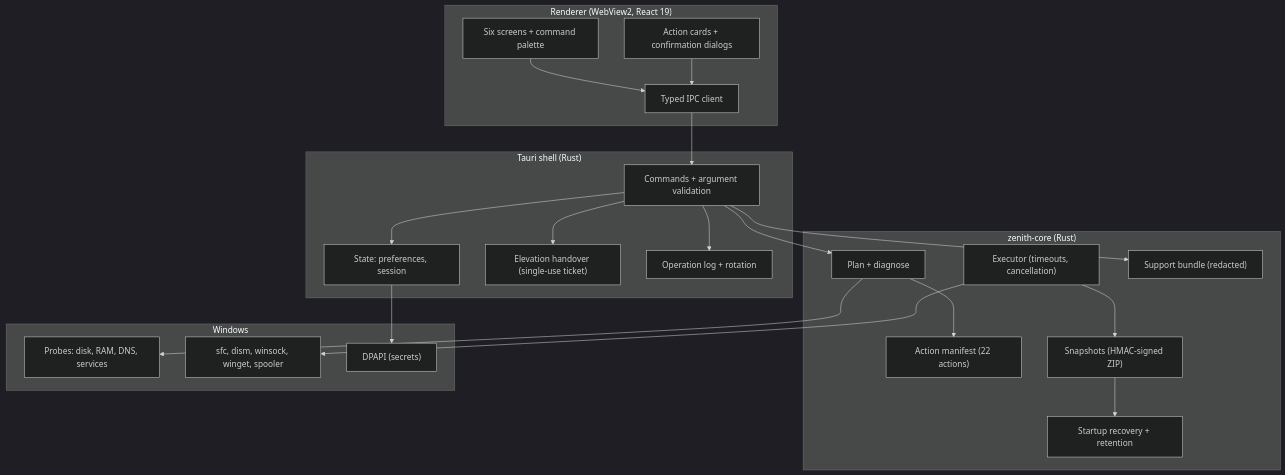
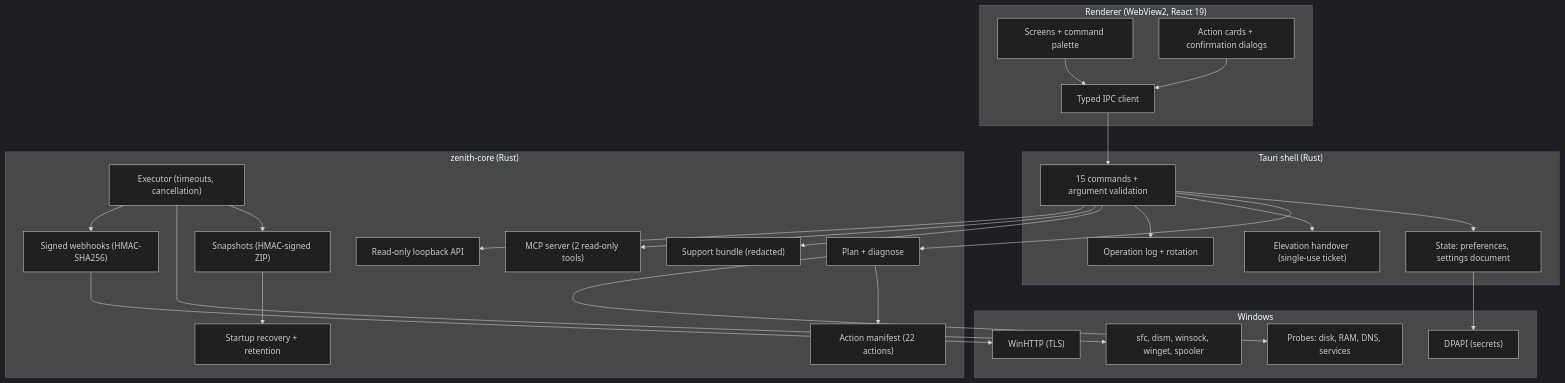
The diagram in README.md (emirtdede/zenith), drawn with Mermaid (dark theme) before and after one commit. The commit also changed other lines of this file and 97 other files, not shown here.

````diff
--- a/README.md
+++ b/README.md
@@ -187,45 +221,53 @@
 ```mermaid
 flowchart TD
     subgraph UI["Renderer (WebView2, React 19)"]
-        SCREENS["Six screens + command palette"]
+        SCREENS["Screens + command palette"]
         CARDS["Action cards + confirmation dialogs"]
         BRIDGE["Typed IPC client"]
     end
 
     subgraph SHELL["Tauri shell (Rust)"]
-        CMD["Commands + argument validation"]
-        STATE["State: preferences, session"]
+        CMD["15 commands + argument validation"]
+        STATE["State: preferences, settings document"]
         HANDOVER["Elevation handover (single-use ticket)"]
         LOG["Operation log + rotation"]
     end
 
     subgraph CORE["zenith-core (Rust)"]
         MANIFEST["Action manifest (22 actions)"]
         PLAN["Plan + diagnose"]
         EXEC["Executor (timeouts, cancellation)"]
         SNAP["Snapshots (HMAC-signed ZIP)"]
         RECOVERY["Startup recovery + retention"]
         SUPPORT["Support bundle (redacted)"]
+        MCP["MCP server (2 read-only tools)"]
+        API["Read-only loopback API"]
+        HOOK["Signed webhooks (HMAC-SHA256)"]
     end
 
     subgraph OS["Windows"]
         PROBES["Probes: disk, RAM, DNS, services"]
         TOOLS["sfc, dism, winsock, winget, spooler"]
         DPAPI["DPAPI (secrets)"]
+        WINHTTP["WinHTTP (TLS)"]
     end
 
     SCREENS --> BRIDGE
     CARDS --> BRIDGE
     BRIDGE --> CMD
     CMD --> STATE
     CMD --> PLAN
     CMD --> HANDOVER
     PLAN --> MANIFEST
     PLAN --> PROBES
     EXEC --> SNAP
     EXEC --> TOOLS
     SNAP --> RECOVERY
     CMD --> LOG
     CMD --> SUPPORT
+    CMD --> MCP
+    CMD --> API
+    EXEC --> HOOK
+    HOOK --> WINHTTP
     STATE --> DPAPI
 ```
````
